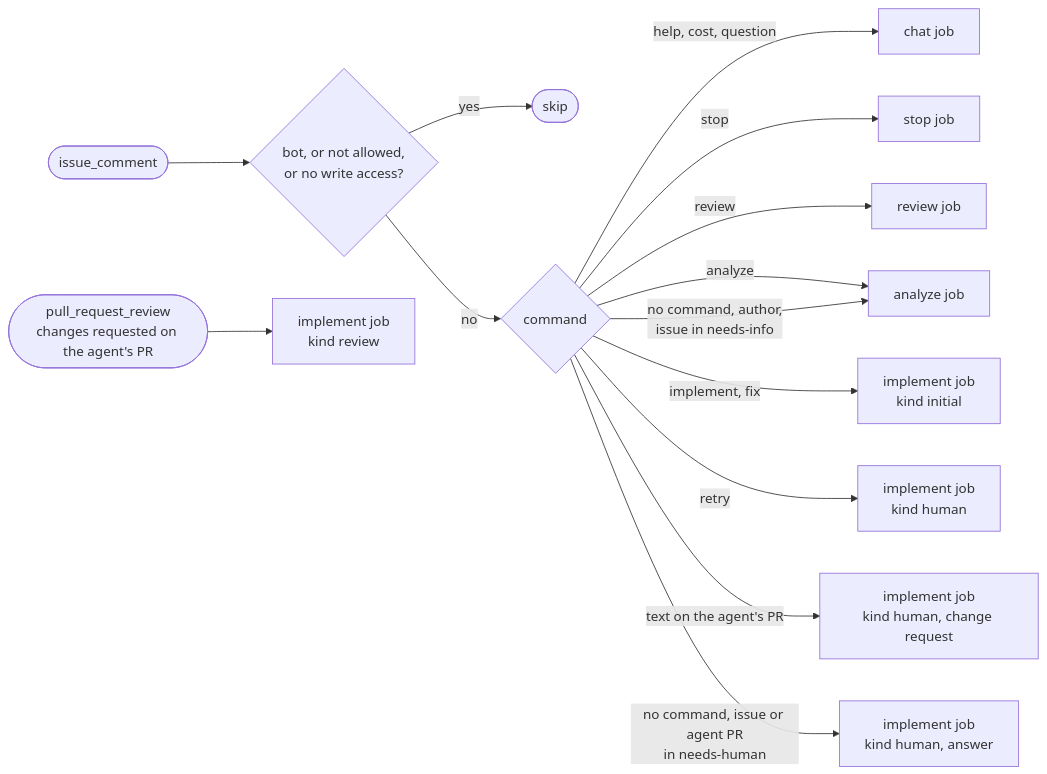
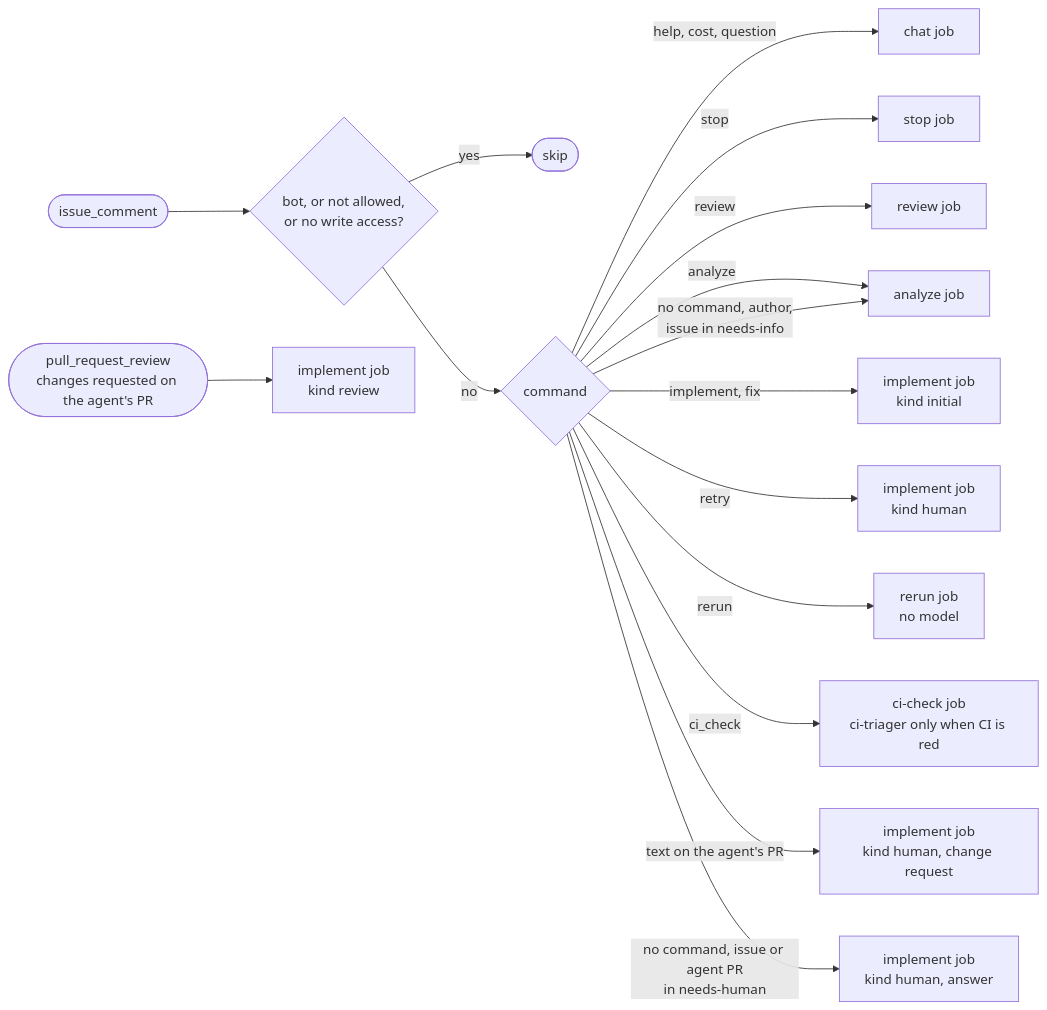
The eighth of 11 diagrams in docs/internal/autonomous-agent/architecture.md (Netcracker/qubership-apihub), drawn with Mermaid before and after one commit. The commit also changed other lines of this file and 54 other files, not shown here.

````diff
--- a/docs/internal/autonomous-agent/architecture.md
+++ b/docs/internal/autonomous-agent/architecture.md
@@ -394,16 +446,18 @@
 ```mermaid
 flowchart LR
   C(["issue_comment"]) --> F{"bot, or not allowed,<br/>or no write access?"}
   F -- yes --> S(["skip"])
   F -- no --> P{"command"}
   P -- "help, cost, question" --> CHAT["chat job"]
   P -- "stop" --> STOP["stop job"]
   P -- "review" --> REV["review job"]
   P -- "analyze" --> AN["analyze job"]
   P -- "implement, fix" --> IM["implement job<br/>kind initial"]
   P -- "retry" --> IH["implement job<br/>kind human"]
+  P -- "rerun" --> RR["rerun job<br/>no model"]
+  P -- "ci_check" --> CC["ci-check job<br/>ci-triager only when CI is red"]
   P -- "text on the agent's PR" --> IC["implement job<br/>kind human, change request"]
   P -- "no command, issue or agent PR<br/>in needs-human" --> IA["implement job<br/>kind human, answer"]
   P -- "no command, author,<br/>issue in needs-info" --> AN
   RV(["pull_request_review<br/>changes requested on the agent's PR"]) --> IR["implement job<br/>kind review"]
 ```
````
